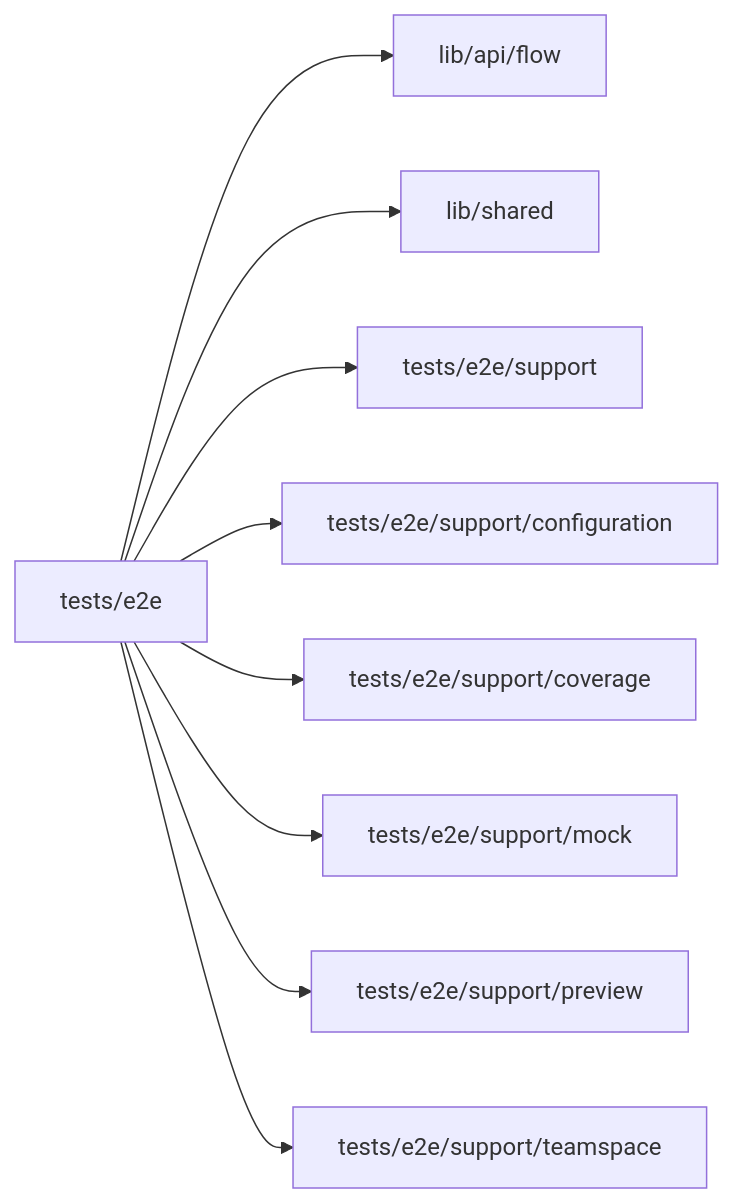
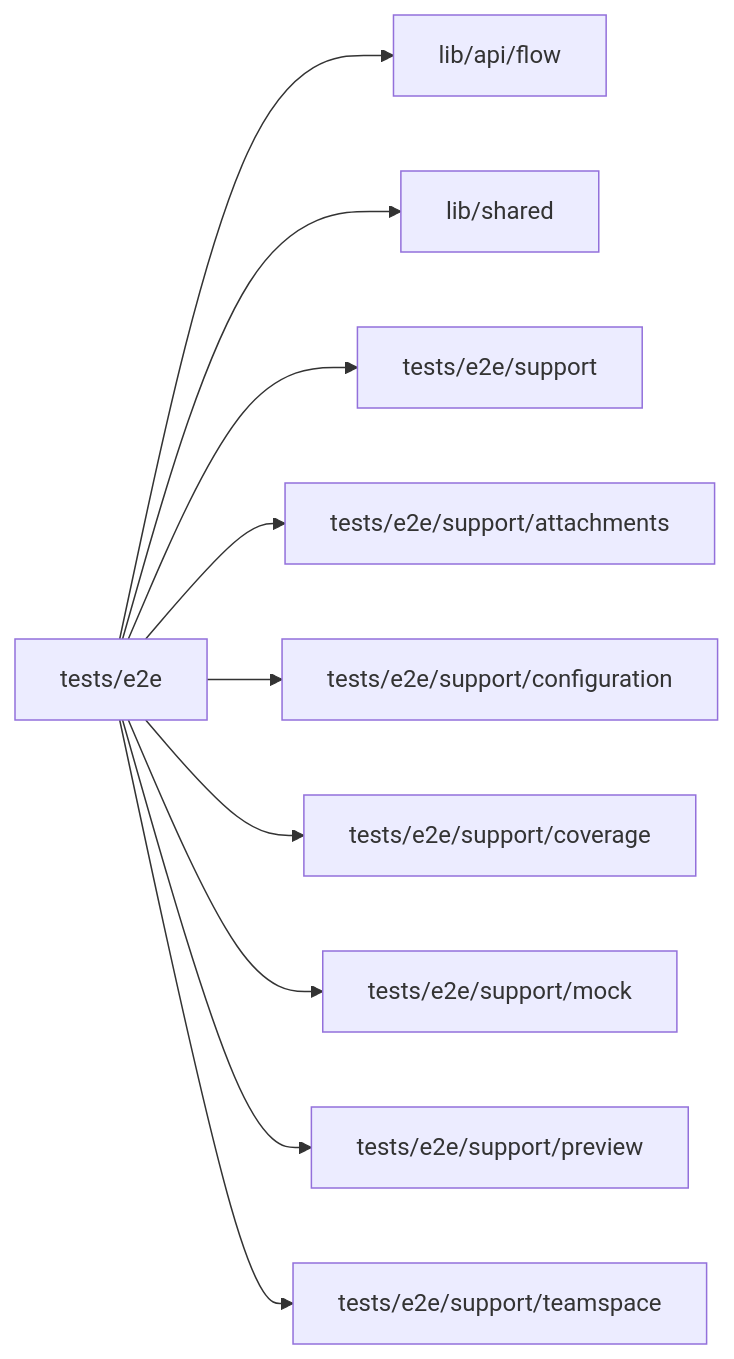
Before and after one commit to superdurable/superverse: the diagram in web/studio/tests/e2e/README.md, drawn with Mermaid. The commit also changed other lines of this file and 259 other files, not shown here.

````diff
--- a/web/studio/tests/e2e/README.md
+++ b/web/studio/tests/e2e/README.md
@@ -10,12 +10,13 @@
 ```mermaid
 flowchart LR
   self["tests/e2e"]
   self --> d0["lib/api/flow"]
   self --> d1["lib/shared"]
   self --> d2["tests/e2e/support"]
-  self --> d3["tests/e2e/support/configuration"]
-  self --> d4["tests/e2e/support/coverage"]
-  self --> d5["tests/e2e/support/mock"]
-  self --> d6["tests/e2e/support/preview"]
-  self --> d7["tests/e2e/support/teamspace"]
+  self --> d3["tests/e2e/support/attachments"]
+  self --> d4["tests/e2e/support/configuration"]
+  self --> d5["tests/e2e/support/coverage"]
+  self --> d6["tests/e2e/support/mock"]
+  self --> d7["tests/e2e/support/preview"]
+  self --> d8["tests/e2e/support/teamspace"]
 ```
````
